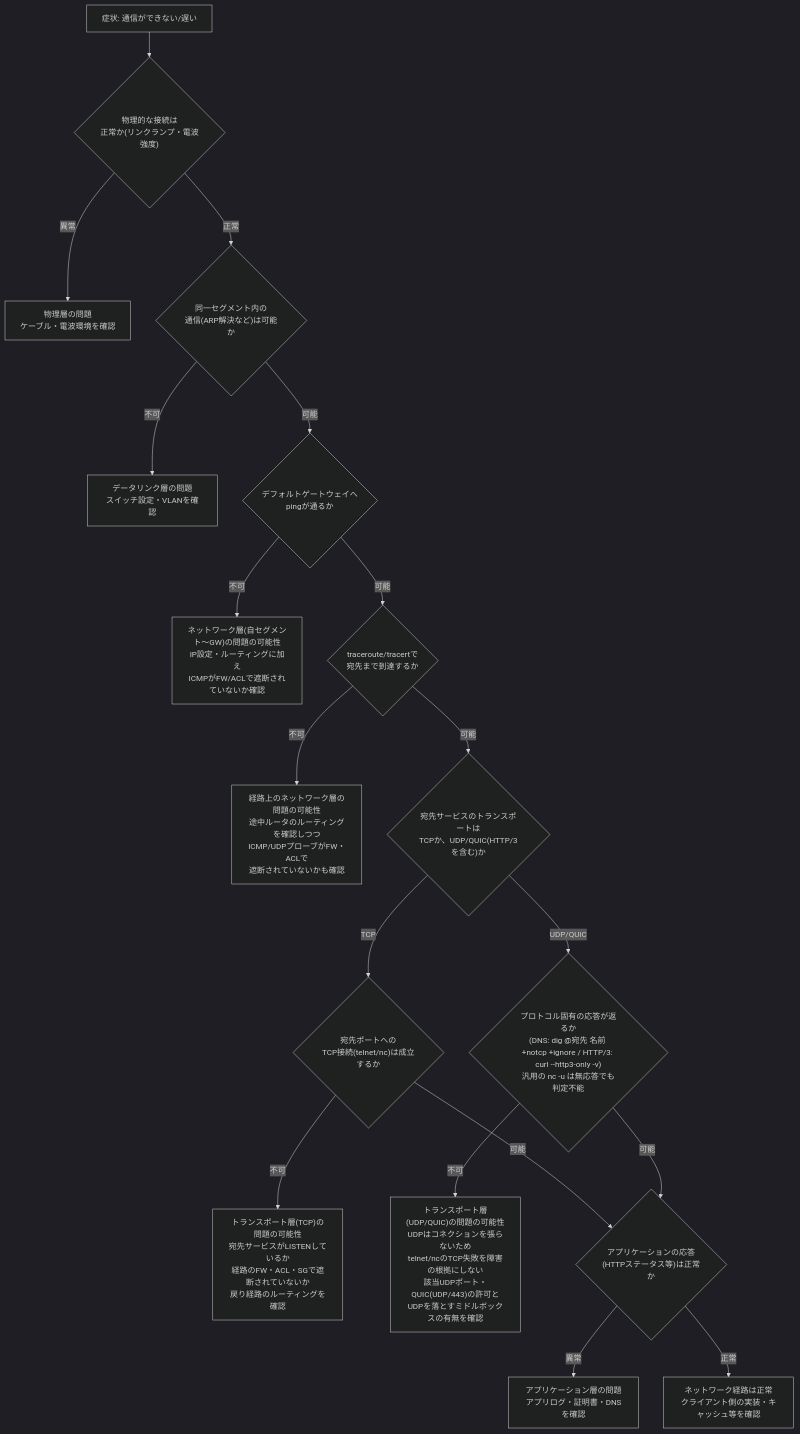
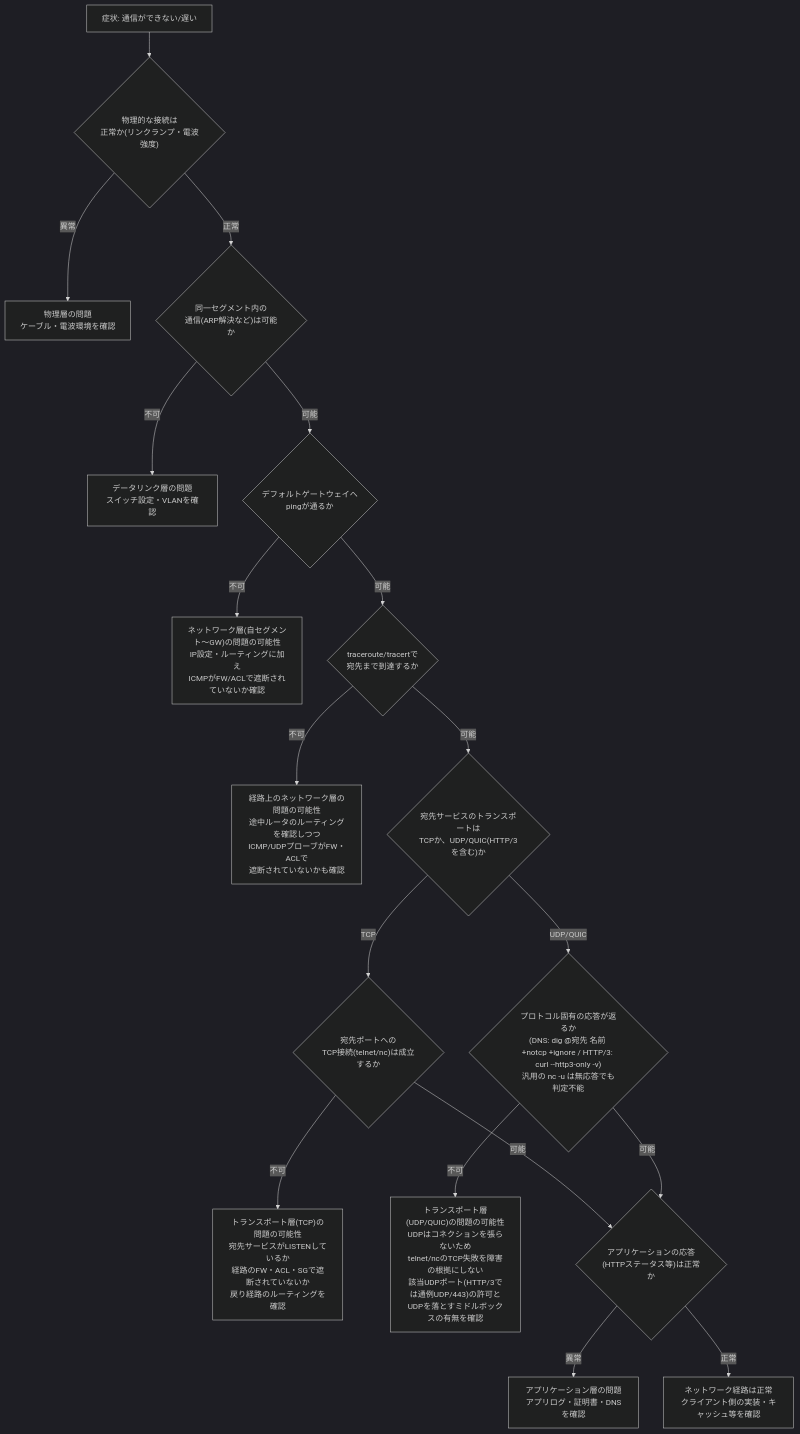
Diagram 21 of 21 in Computer-networks-tanenbaum.md (myoshi2891/Cloud-Infrastructure-Studies), drawn with Mermaid (dark theme) before and after one commit. The commit also changed other lines of this file and 1 other file, not shown here.

Commit message:
docs(books): refine MAC addressing, RTS/CTS retry flow, and Wi-Fi 7 dates in Computer Networks guide

````diff
--- a/Computer-networks-tanenbaum.md
+++ b/Computer-networks-tanenbaum.md
@@ -800,20 +804,20 @@
 ```mermaid
 flowchart TD
     Q1["症状: 通信ができない/遅い"] --> Q2{"物理的な接続は<br/>正常か(リンクランプ・電波強度)"}
     Q2 -->|異常| F1["物理層の問題<br/>ケーブル・電波環境を確認"]
     Q2 -->|正常| Q3{"同一セグメント内の<br/>通信(ARP解決など)は可能か"}
     Q3 -->|不可| F2["データリンク層の問題<br/>スイッチ設定・VLANを確認"]
     Q3 -->|可能| Q4{"デフォルトゲートウェイへ<br/>pingが通るか"}
     Q4 -->|不可| F3["ネットワーク層(自セグメント〜GW)の問題の可能性<br/>IP設定・ルーティングに加え<br/>ICMPがFW/ACLで遮断されていないか確認"]
     Q4 -->|可能| Q5{"traceroute/tracertで<br/>宛先まで到達するか"}
     Q5 -->|不可| F4["経路上のネットワーク層の問題の可能性<br/>途中ルータのルーティングを確認しつつ<br/>ICMP/UDPプローブがFW・ACLで<br/>遮断されていないかも確認"]
     Q5 -->|可能| Q6{"宛先サービスのトランスポートは<br/>TCPか、UDP/QUIC(HTTP/3を含む)か"}
     Q6 -->|TCP| Q6T{"宛先ポートへの<br/>TCP接続(telnet/nc)は成立するか"}
     Q6 -->|UDP/QUIC| Q6U{"プロトコル固有の応答が返るか<br/>(DNS: dig @宛先 名前 +notcp +ignore / HTTP/3: curl --http3-only -v)<br/>汎用の nc -u は無応答でも判定不能"}
     Q6T -->|不可| F5["トランスポート層(TCP)の問題の可能性<br/>宛先サービスがLISTENしているか<br/>経路のFW・ACL・SGで遮断されていないか<br/>戻り経路のルーティングを確認"]
-    Q6U -->|不可| F5U["トランスポート層(UDP/QUIC)の問題の可能性<br/>UDPはコネクションを張らないため<br/>telnet/ncのTCP失敗を障害の根拠にしない<br/>該当UDPポート・QUIC(UDP/443)の許可と<br/>UDPを落とすミドルボックスの有無を確認"]
+    Q6U -->|不可| F5U["トランスポート層(UDP/QUIC)の問題の可能性<br/>UDPはコネクションを張らないため<br/>telnet/ncのTCP失敗を障害の根拠にしない<br/>該当UDPポート(HTTP/3では通例UDP/443)の許可と<br/>UDPを落とすミドルボックスの有無を確認"]
     Q6T -->|可能| Q7{"アプリケーションの応答<br/>(HTTPステータス等)は正常か"}
     Q6U -->|可能| Q7
     Q7 -->|異常| F6["アプリケーション層の問題<br/>アプリログ・証明書・DNSを確認"]
     Q7 -->|正常| F7["ネットワーク経路は正常<br/>クライアント側の実装・キャッシュ等を確認"]
 ```
````
